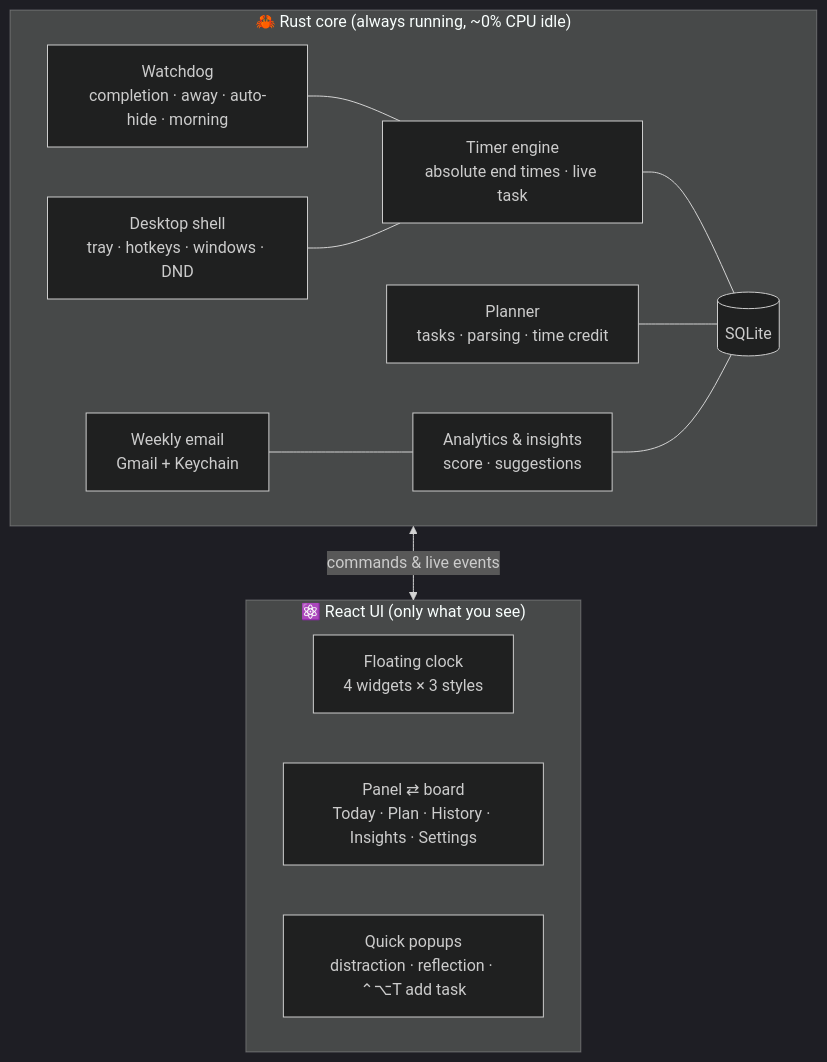
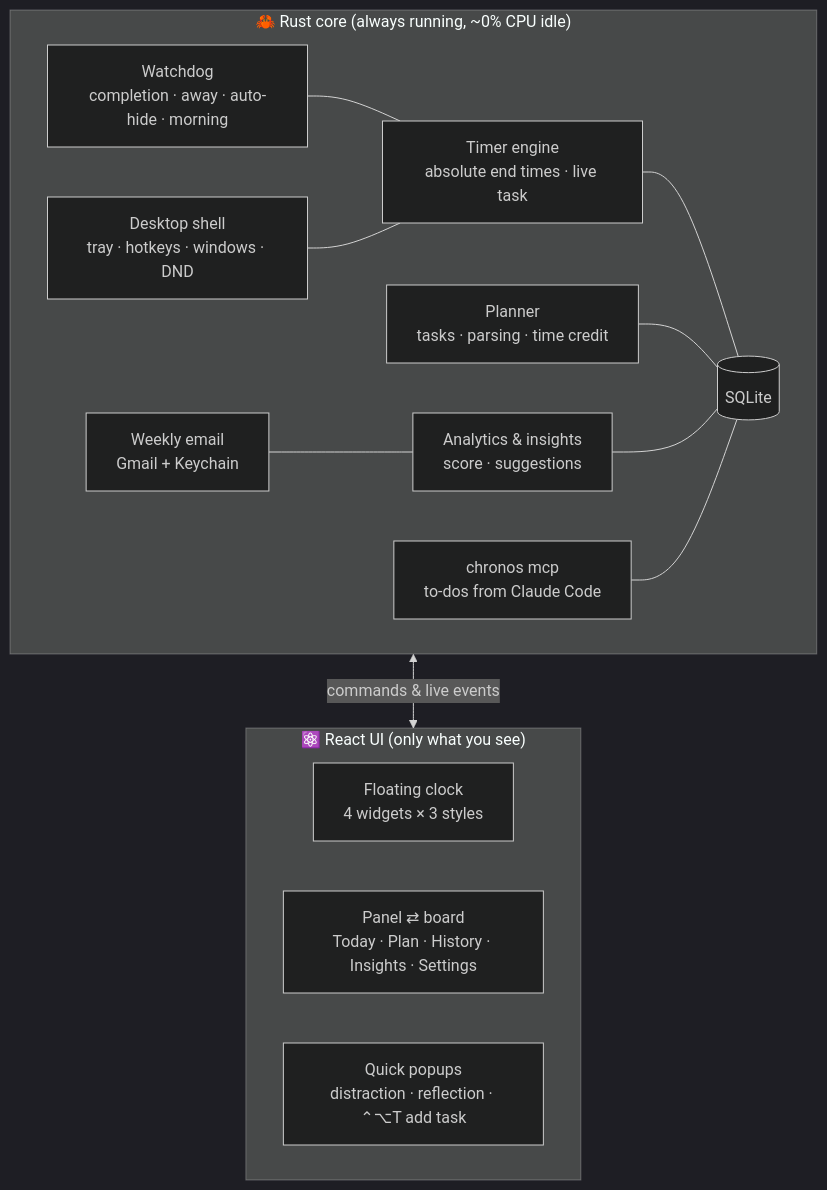
Before and after one commit to nikharjajoo-tech/chronos: the third of 3 diagrams in README.md, drawn with Mermaid (dark theme). The commit also changed other lines of this file and 8 other files, not shown here.

````diff
--- a/README.md
+++ b/README.md
@@ -337,17 +416,18 @@
 ```mermaid
 flowchart TB
     subgraph Rust["🦀 Rust core (always running, ~0% CPU idle)"]
         T["Timer engine<br/>absolute end times · live task"] --- DB[("SQLite")]
         TK["Planner<br/>tasks · parsing · time credit"] --- DB
         W["Watchdog<br/>completion · away · auto-hide · morning"] --- T
         AN["Analytics & insights<br/>score · suggestions"] --- DB
         SH["Desktop shell<br/>tray · hotkeys · windows · DND"] --- T
         EM["Weekly email<br/>Gmail + Keychain"] --- AN
+        MC["chronos mcp<br/>to-dos from Claude Code"] --- DB
     end
     subgraph UI["⚛️ React UI (only what you see)"]
         CL["Floating clock<br/>4 widgets × 3 styles"]
         PA["Panel ⇄ board<br/>Today · Plan · History · Insights · Settings"]
         QP["Quick popups<br/>distraction · reflection · ⌃⌥T add task"]
     end
     Rust <-- "commands & live events" --> UI
 ```
````
